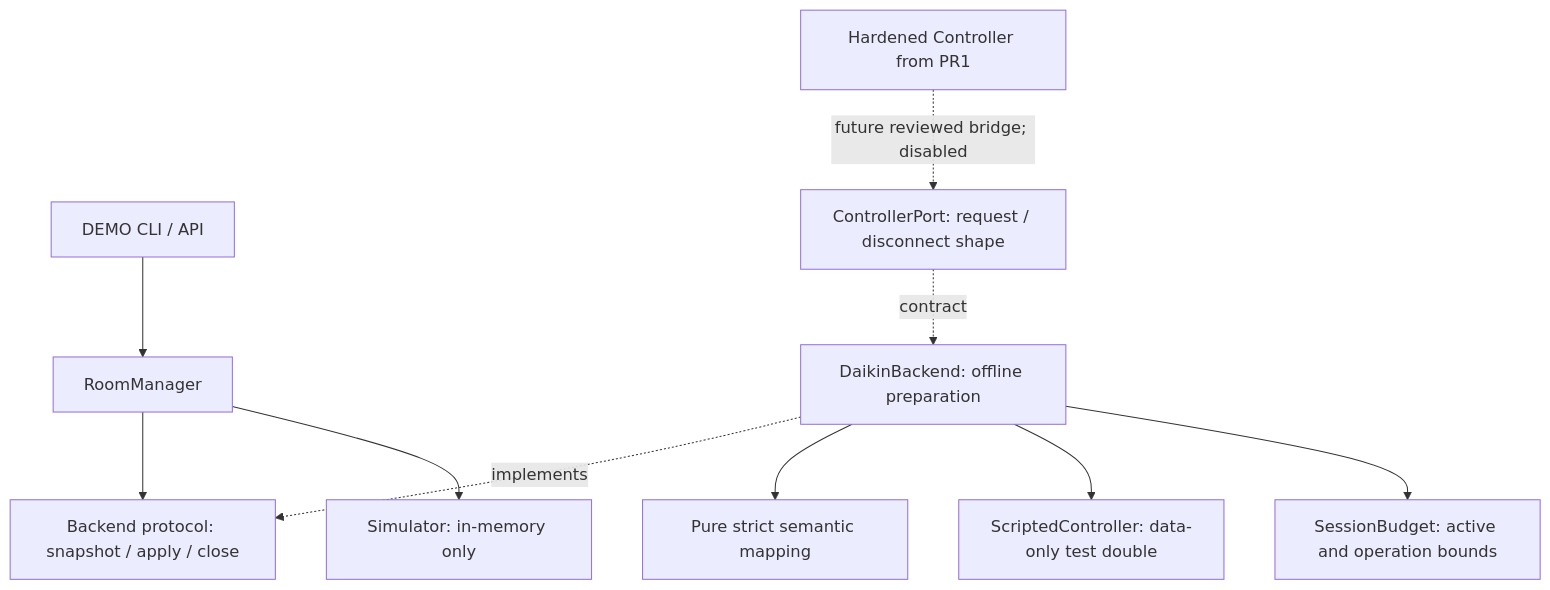
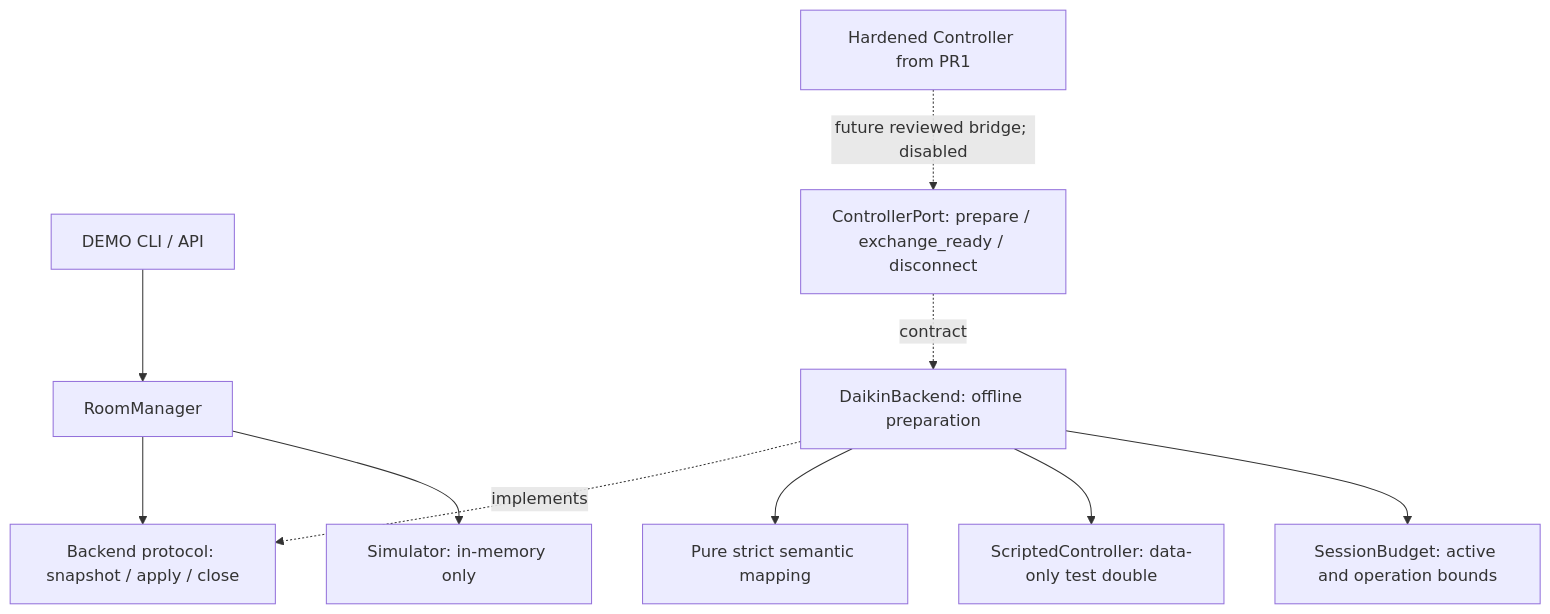
The diagram in docs/iteration-3-ble-adapter.md (javigines/Daikin-BRC1H-Mac-Web-Control), drawn with Mermaid before and after one commit. The commit also changed other lines of this file and 7 other files, not shown here.

````diff
--- a/docs/iteration-3-ble-adapter.md
+++ b/docs/iteration-3-ble-adapter.md
@@ -7,12 +9,12 @@
 ```mermaid
 flowchart TD
     CLI[DEMO CLI / API] --> Manager[RoomManager]
     Manager --> Contract[Backend protocol: snapshot / apply / close]
     Manager --> Sim[Simulator: in-memory only]
     Adapter[DaikinBackend: offline preparation] -. implements .-> Contract
     Adapter --> Decode[Pure strict semantic mapping]
     Adapter --> Double[ScriptedController: data-only test double]
     Adapter --> Budget[SessionBudget: active and operation bounds]
-    Port[ControllerPort: request / disconnect shape] -. contract .-> Adapter
+    Port[ControllerPort: prepare / exchange_ready / disconnect] -. contract .-> Adapter
     Legacy[Hardened Controller from PR1] -. future reviewed bridge; disabled .-> Port
 ```
````
